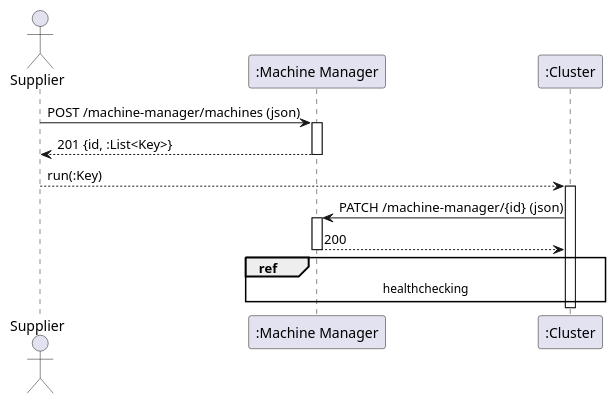
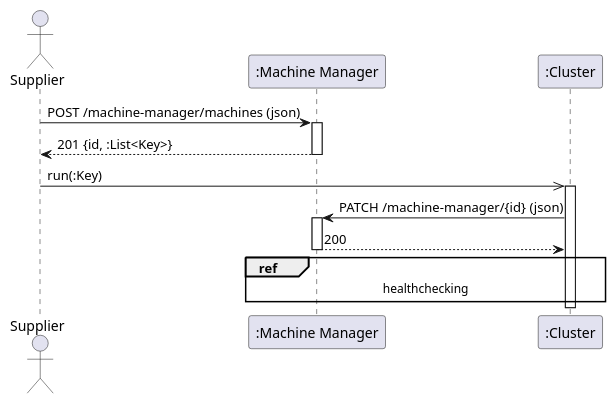
The diagram in sequences/registerCluster/registerCluster.puml (cetlinB/docs), drawn with PlantUML before and after one commit. The commit also changed 1 other file, not shown here.

Commit message:
Update sequence

```diff
--- a/sequences/registerCluster/registerCluster.puml
+++ b/sequences/registerCluster/registerCluster.puml
@@ -1,21 +1,21 @@
 @startuml
 
 actor "Supplier" as AS
 participant ":Machine Manager" as CM
 participant ":Cluster" as CC
 
 AS -> CM : POST /machine-manager/machines (json)
 activate CM
 CM --> AS : 201 {id, :List<Key>}
 deactivate CM
 
-AS --> CC : run(:Key)
+AS ->> CC : run(:Key)
 activate CC
 CC -> CM : PATCH /machine-manager/{id} (json)
 activate CM
 CM --> CC : 200
 deactivate CM
 
 ref over CC, CM : healthchecking
 
 @enduml
```
